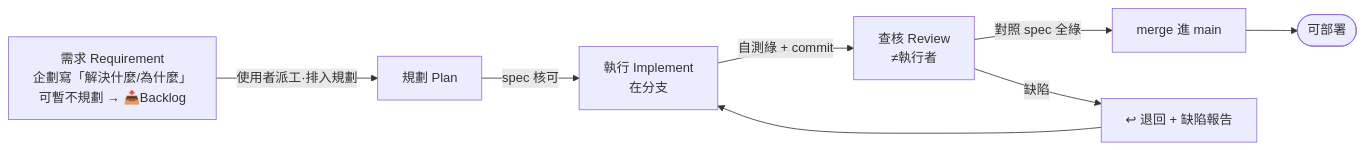
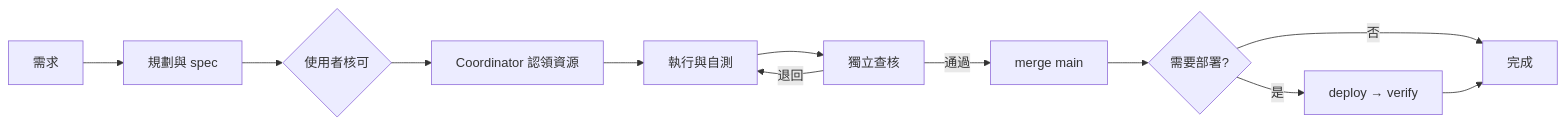
One commit to ruan6047/ai-workflow changed the diagram in AI_WORKFLOW.md. Above: the diagram before and after it, drawn with Mermaid. The commit also changed other lines of this file and 11 other files, not shown here.

````diff
--- a/AI_WORKFLOW.md
+++ b/AI_WORKFLOW.md
@@ -83,10 +44,14 @@
 ```mermaid
 flowchart LR
-    RQ[需求 Requirement<br/>企劃寫「解決什麼/為什麼」<br/>可暫不規劃 → 📥Backlog] -->|使用者派工·排入規劃| P[規劃 Plan]
-    P -->|spec 核可| I[執行 Implement<br/>在分支]
-    I -->|自測綠 + commit| R[查核 Review<br/>≠執行者]
-    R -->|對照 spec 全綠| M[merge 進 main]
-    M --> D([可部署])
-    R -->|缺陷| RJ[↩ 退回 + 缺陷報告]
-    RJ --> I
+  R[需求] --> P[規劃與 spec]
+  P --> G{使用者核可}
+  G --> C[Coordinator 認領資源]
+  C --> I[執行與自測]
+  I --> V[獨立查核]
+  V -->|退回| I
+  V -->|通過| M[merge main]
+  M --> D{需要部署?}
+  D -->|是| X[deploy → verify]
+  D -->|否| Z[完成]
+  X --> Z
 ```
````
